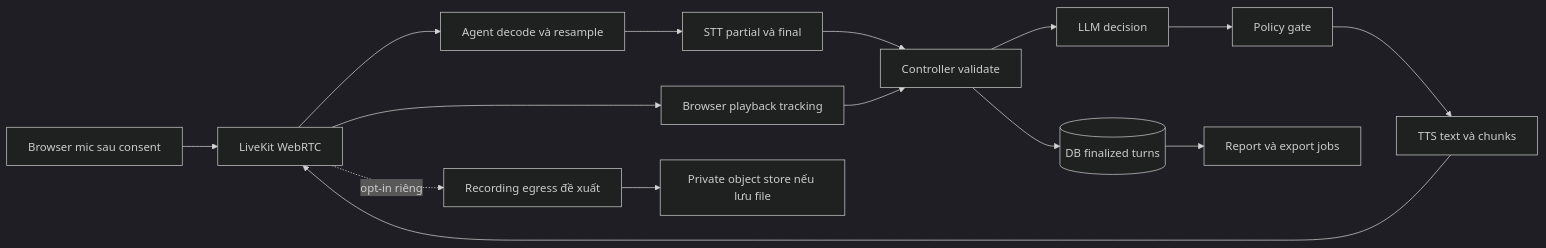
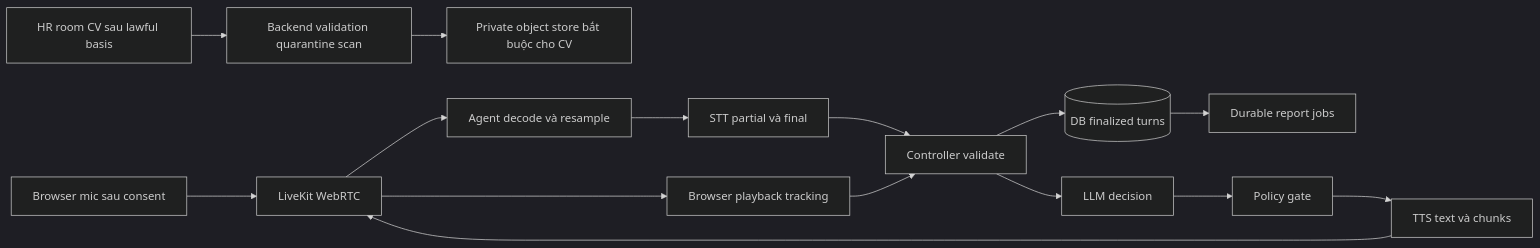
Before and after one commit to apase95/OpenInterview: the diagram in docs/architecture/io-contracts.md, drawn with Mermaid (dark theme). The commit also changed other lines of this file and 6 other files, not shown here.

````diff
--- a/docs/architecture/io-contracts.md
+++ b/docs/architecture/io-contracts.md
@@ -37,17 +38,17 @@
 ```mermaid
 flowchart LR
     C[Browser mic sau consent] --> L[LiveKit WebRTC]
     L --> A[Agent decode và resample]
     A --> S[STT partial và final]
     S --> V[Controller validate]
     V --> D[(DB finalized turns)]
     V --> M[LLM decision]
     M --> P[Policy gate]
     P --> T[TTS text và chunks]
     T --> L
     L --> B[Browser playback tracking]
     B --> V
-    D --> R[Report và export jobs]
-    L -. opt-in riêng .-> E[Recording egress đề xuất]
-    E --> O[Private object store nếu lưu file]
+    D --> R[Durable report jobs]
+    H[HR room CV sau lawful basis] --> Q[Backend validation quarantine scan]
+    Q --> O[Private object store bắt buộc cho CV]
 ```
````
